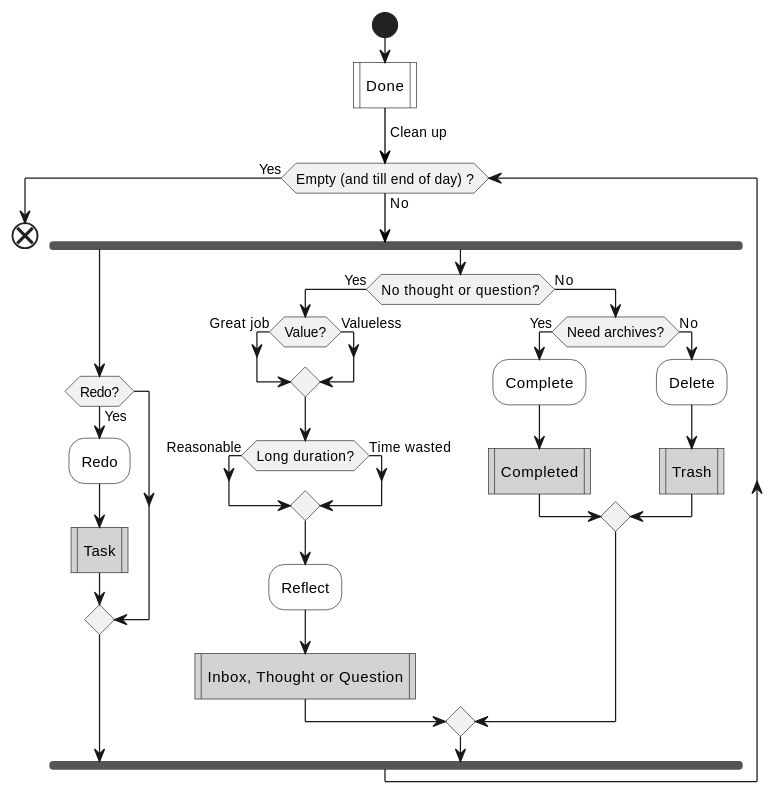
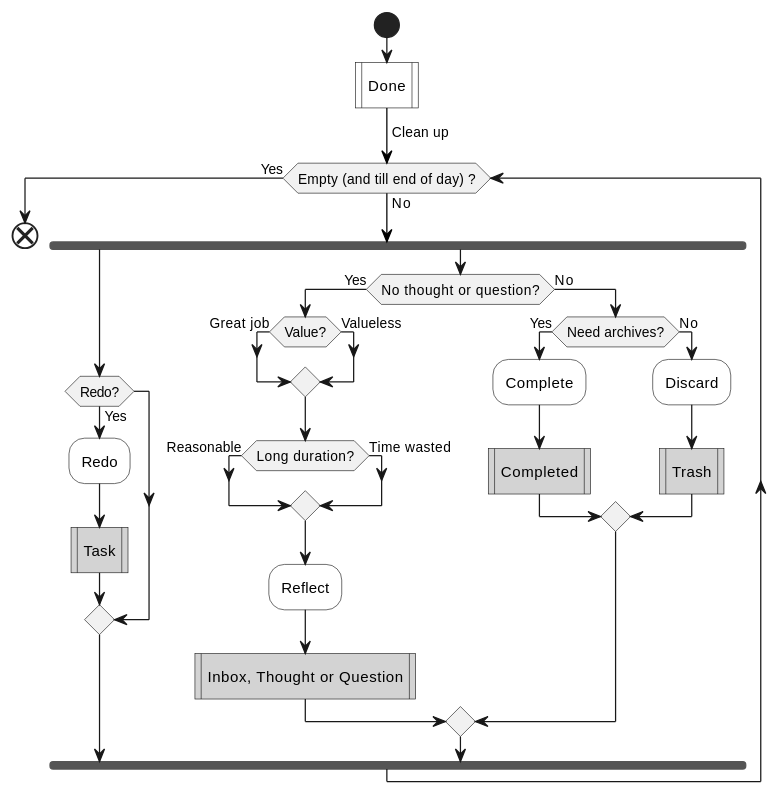
Before and after one commit to IceHe/icehe-lib: the fourth of 4 diagrams in lifelogs/rehabilitation.md, drawn with PlantUML. The commit also changed other lines of this file, not shown here.

````diff
--- a/lifelogs/rehabilitation.md
+++ b/lifelogs/rehabilitation.md
@@ -362,35 +370,35 @@
 ```plantuml
 @startuml
 start
 #white:Done|
 -[#black]-> Clean up;
 while (Empty (and till end of day) ?) is (No)
     fork
         if (Redo?) then (Yes)
             #white:Redo;
             #lightGray:Task|
         endif
     fork again
         if (No thought or question?) then (Yes)
             if (Value?) then (Great job)
             else (Valueless)
             endif
             if (Long duration?) then (Reasonable)
             else (Time wasted)
             endif
             #white:Reflect;
             #lightGray:Inbox, Thought or Question|
         else (No)
             if (Need archives?) then (Yes)
                 #white:Complete;
                 #lightGray:Completed|
             else (No)
-                #white:Delete;
+                #white:Discard;
                 #lightGray:Trash|
             endif
         endif
     end fork
 endwhile (Yes)
 end
 @enduml
 ```
````
